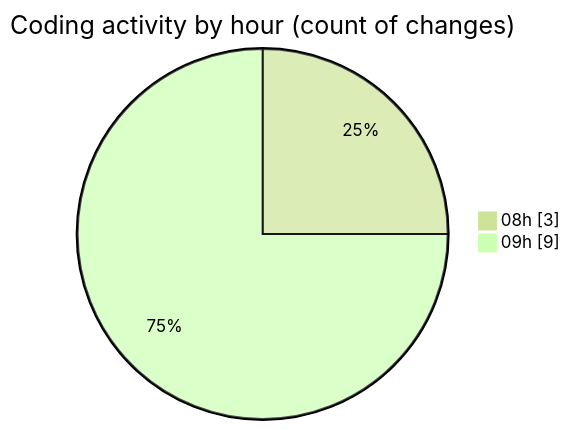
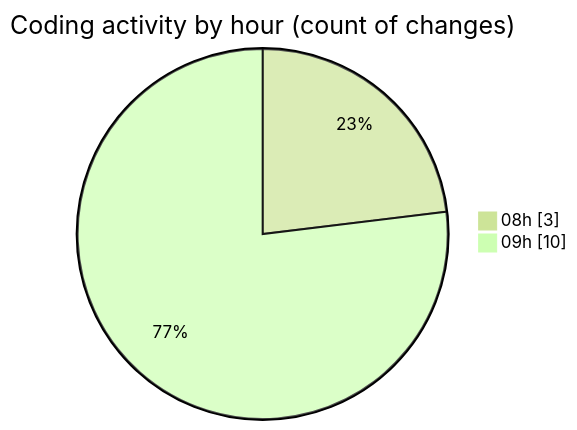
One commit to julien-gomy/code-tracking changed the second of 2 diagrams in 2025-10-22/eventscop-api-guide__workspace_/README.md. Above: the diagram before and after it, drawn with Mermaid (forest theme). The commit also changed other lines of this file and 1 other file, not shown here.

````diff
--- a/2025-10-22/eventscop-api-guide__workspace_/README.md
+++ b/2025-10-22/eventscop-api-guide__workspace_/README.md
@@ -32,6 +32,6 @@
 ```mermaid
 pie showData
 title Coding activity by hour (count of changes)
 "08h" : 3
-"09h" : 9
+"09h" : 10
 ```
````
